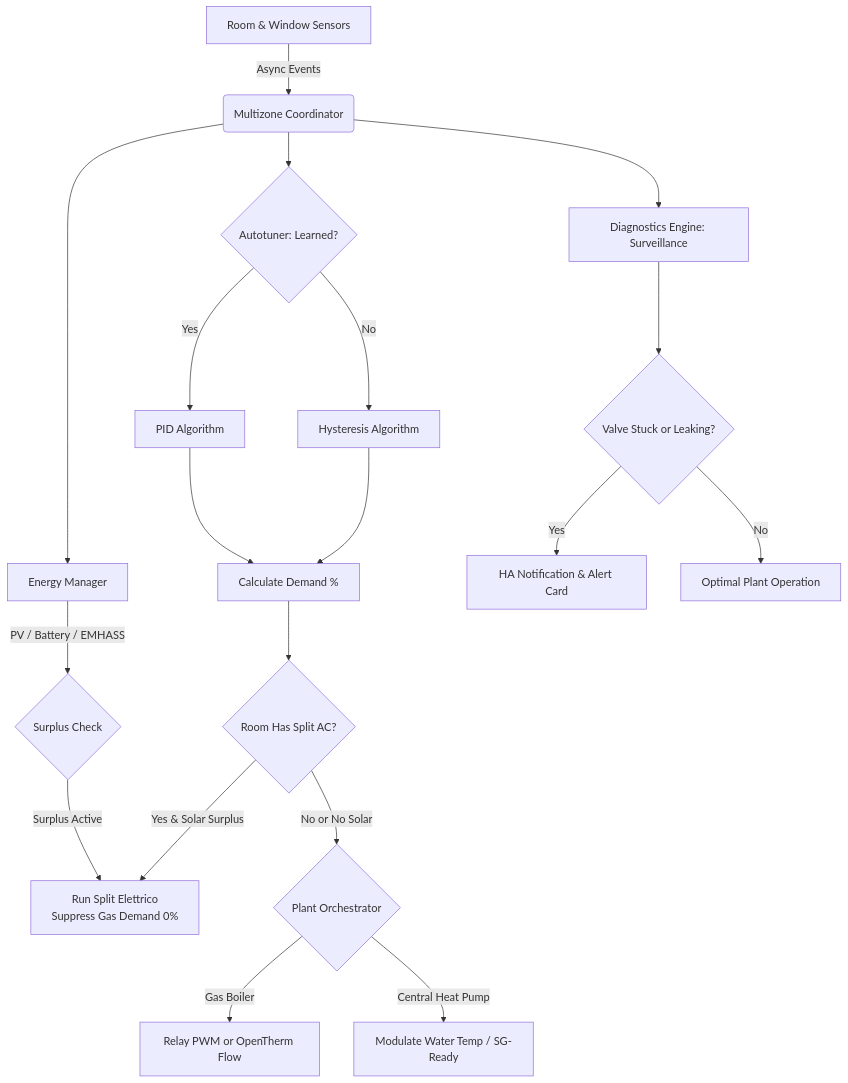
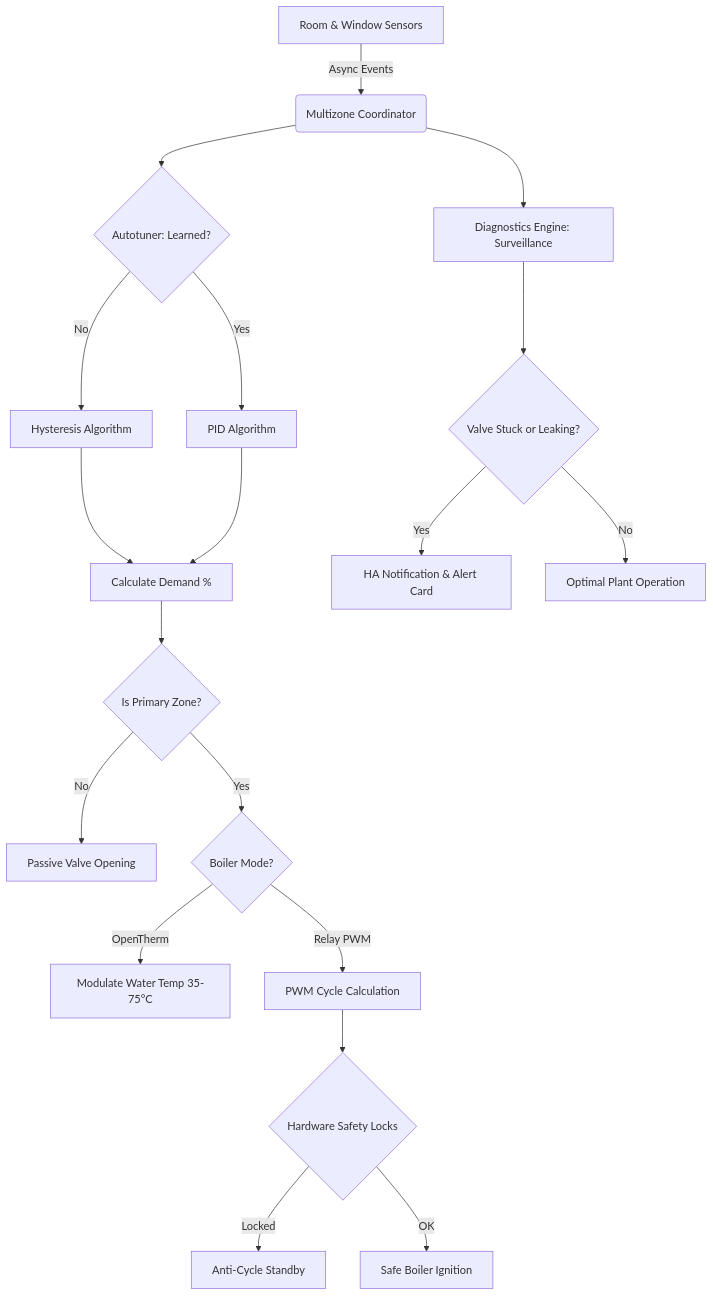
Before and after one commit to alex-military/multizone-thermostat: the diagram in README.md, drawn with Mermaid. The commit also changed other lines of this file and 1 other file, not shown here.

````diff
--- a/README.md
+++ b/README.md
@@ -138,21 +121,21 @@
 ```mermaid
 graph TD
     A[Room & Window Sensors] -->|Async Events| B(Multizone Coordinator)
     B --> C{Autotuner: Learned?}
     C -->|No| D[Hysteresis Algorithm]
     C -->|Yes| E[PID Algorithm]
     D --> F[Calculate Demand %]
     E --> F
-    F --> G{Room Has Split AC?}
-    G -->|Yes & Solar Surplus| H[Run Split Elettrico\nSuppress Gas Demand 0%]
-    G -->|No or No Solar| I{Plant Orchestrator}
-    I -->|Gas Boiler| J[Relay PWM or OpenTherm Flow]
-    I -->|Central Heat Pump| K[Modulate Water Temp / SG-Ready]
-    B --> L[Energy Manager]
-    L -->|PV / Battery / EMHASS| M{Surplus Check}
-    M -->|Surplus Active| H
-    B --> N[Diagnostics Engine: Surveillance]
-    N --> O{Valve Stuck or Leaking?}
-    O -->|Yes| P[HA Notification & Alert Card]
-    O -->|No| Q[Optimal Plant Operation]
+    F --> G{Is Primary Zone?}
+    G -->|No| H[Passive Valve Opening]
+    G -->|Yes| I{Boiler Mode?}
+    I -->|OpenTherm| J[Modulate Water Temp 35-75°C]
+    I -->|Relay PWM| K[PWM Cycle Calculation]
+    K --> L{Hardware Safety Locks}
+    L -->|Locked| M[Anti-Cycle Standby]
+    L -->|OK| N[Safe Boiler Ignition]
+    B --> O[Diagnostics Engine: Surveillance]
+    O --> P{Valve Stuck or Leaking?}
+    P -->|Yes| Q[HA Notification & Alert Card]
+    P -->|No| R[Optimal Plant Operation]
 ```
````
